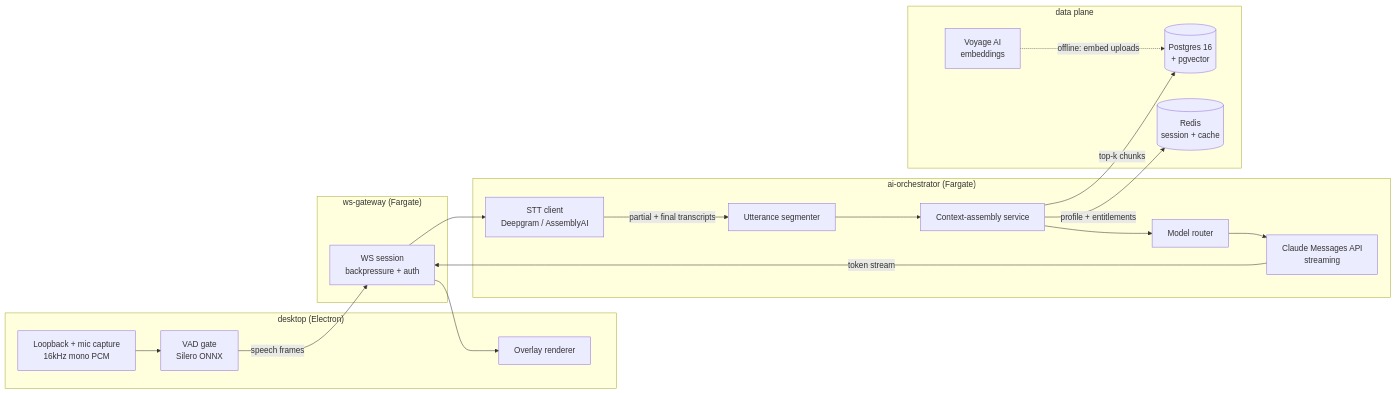
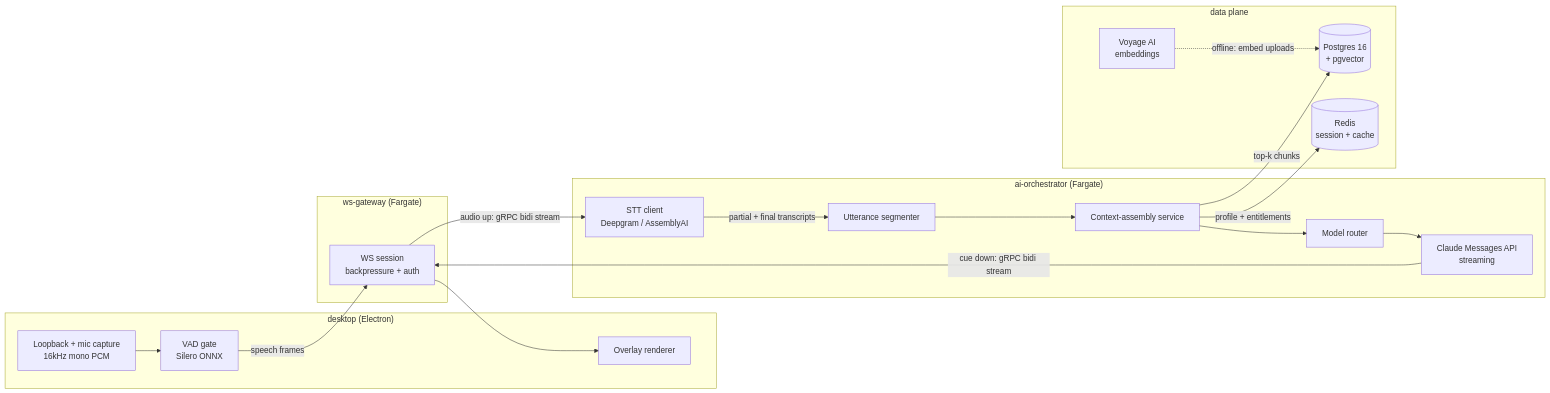
Before and after one commit to DarwinCamahalan/meeting-note-taker-ai: the first of 4 diagrams in docs/21-ai-pipeline.md, drawn with Mermaid. The commit also changed other lines of this file and 11 other files, not shown here.

````diff
--- a/docs/21-ai-pipeline.md
+++ b/docs/21-ai-pipeline.md
@@ -21,32 +21,33 @@
 ```mermaid
 flowchart LR
   subgraph Desktop["desktop (Electron)"]
     AUD[Loopback + mic capture<br/>16kHz mono PCM]
     VAD[VAD gate<br/>Silero ONNX]
     OV[Overlay renderer]
   end
   subgraph Edge["ws-gateway (Fargate)"]
     WS[WS session<br/>backpressure + auth]
   end
   subgraph Orch["ai-orchestrator (Fargate)"]
     STT[STT client<br/>Deepgram / AssemblyAI]
     SEG[Utterance segmenter]
     CTX[Context-assembly service]
     ROUTE[Model router]
     LLM[Claude Messages API<br/>streaming]
   end
   subgraph Data["data plane"]
     PG[(Postgres 16<br/>+ pgvector)]
     RED[(Redis<br/>session + cache)]
     VOY[Voyage AI<br/>embeddings]
   end
 
-  AUD --> VAD -->|speech frames| WS --> STT
+  AUD --> VAD -->|speech frames| WS
+  WS -->|audio up: gRPC bidi stream| STT
   STT -->|partial + final transcripts| SEG --> CTX
   CTX -->|top-k chunks| PG
   CTX -->|profile + entitlements| RED
   ROUTE --> LLM
   CTX --> ROUTE
-  LLM -->|token stream| WS --> OV
+  LLM -->|cue down: gRPC bidi stream| WS --> OV
   VOY -.->|offline: embed uploads| PG
 ```
````
